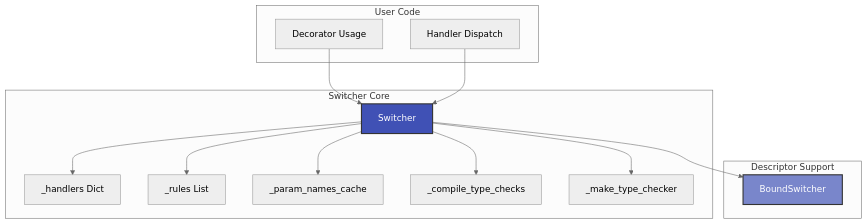
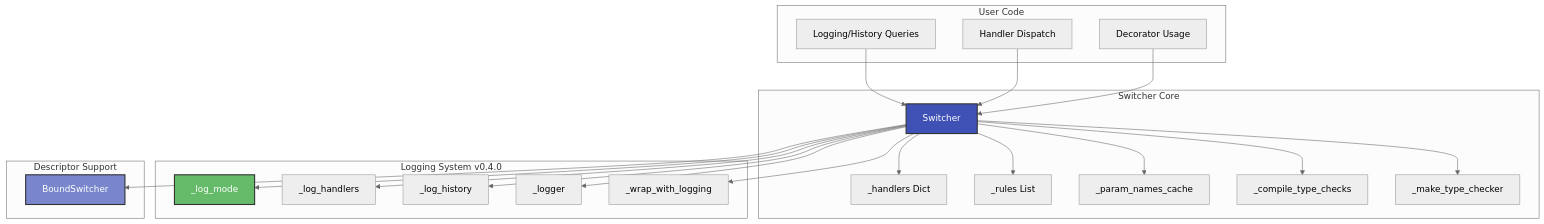
One commit to genropy/smartswitch changed the first of 5 diagrams in docs/appendix/architecture.md. Above: the diagram before and after it, drawn with Mermaid (neutral theme). The commit also changed other lines of this file and 3 other files, not shown here.

````diff
--- a/docs/appendix/architecture.md
+++ b/docs/appendix/architecture.md
@@ -9,32 +9,48 @@
 ```mermaid
 graph TB
     subgraph UserCode[User Code]
         U1[Decorator Usage]
         U2[Handler Dispatch]
+        U3[Logging/History Queries]
     end
 
     subgraph SwitcherCore[Switcher Core]
         SW[Switcher]
         HD[_handlers Dict]
         RL[_rules List]
         PC[_param_names_cache]
         CT[_compile_type_checks]
         MT[_make_type_checker]
     end
 
+    subgraph LoggingSystem[Logging System v0.4.0]
+        LM[_log_mode]
+        LH[_log_handlers]
+        LF[_log_history]
+        LG[_logger]
+        WL[_wrap_with_logging]
+    end
+
     subgraph DescriptorSupport[Descriptor Support]
         BS[BoundSwitcher]
     end
 
     U1 --> SW
     U2 --> SW
+    U3 --> SW
     SW --> HD
     SW --> RL
     SW --> PC
     SW --> CT
     SW --> MT
     SW --> BS
+    SW --> LM
+    SW --> LH
+    SW --> LF
+    SW --> LG
+    SW --> WL
 
     style SW fill:#4051b5,stroke:#333,stroke-width:2px,color:#fff
     style BS fill:#7986cb,stroke:#333,stroke-width:2px,color:#fff
+    style LM fill:#66bb6a,stroke:#333,stroke-width:2px,color:#fff
 ```
````
